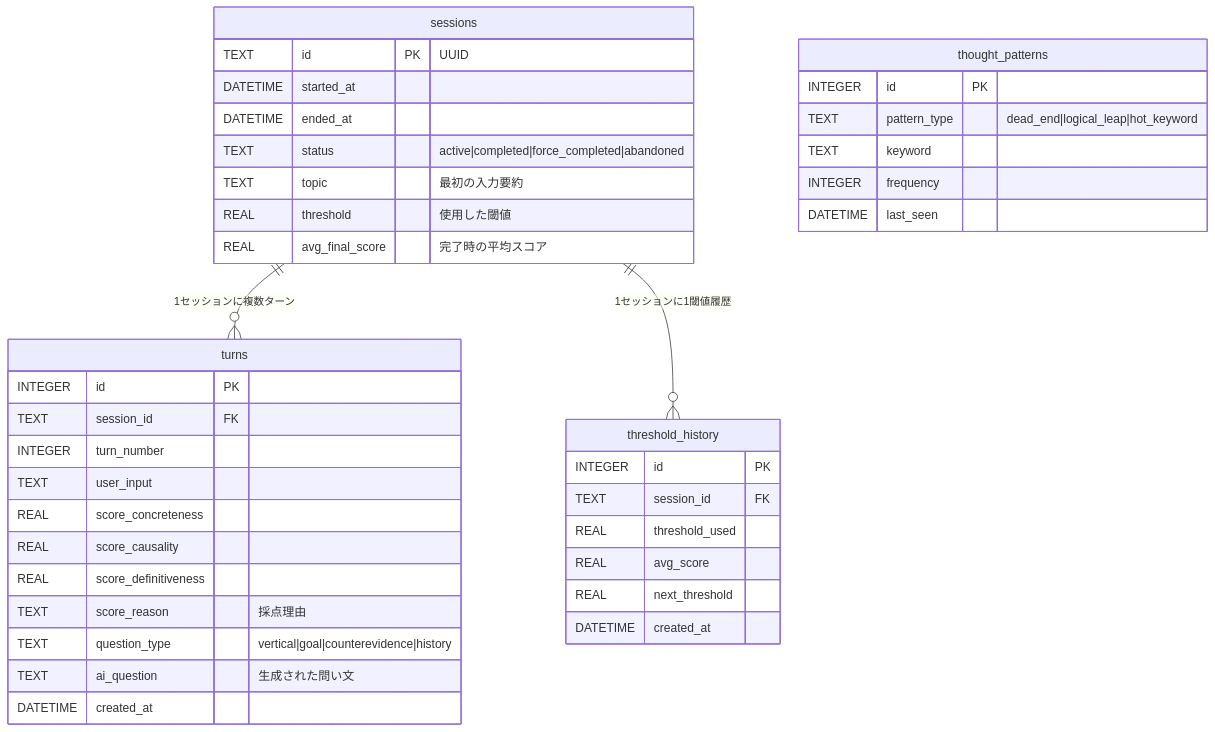
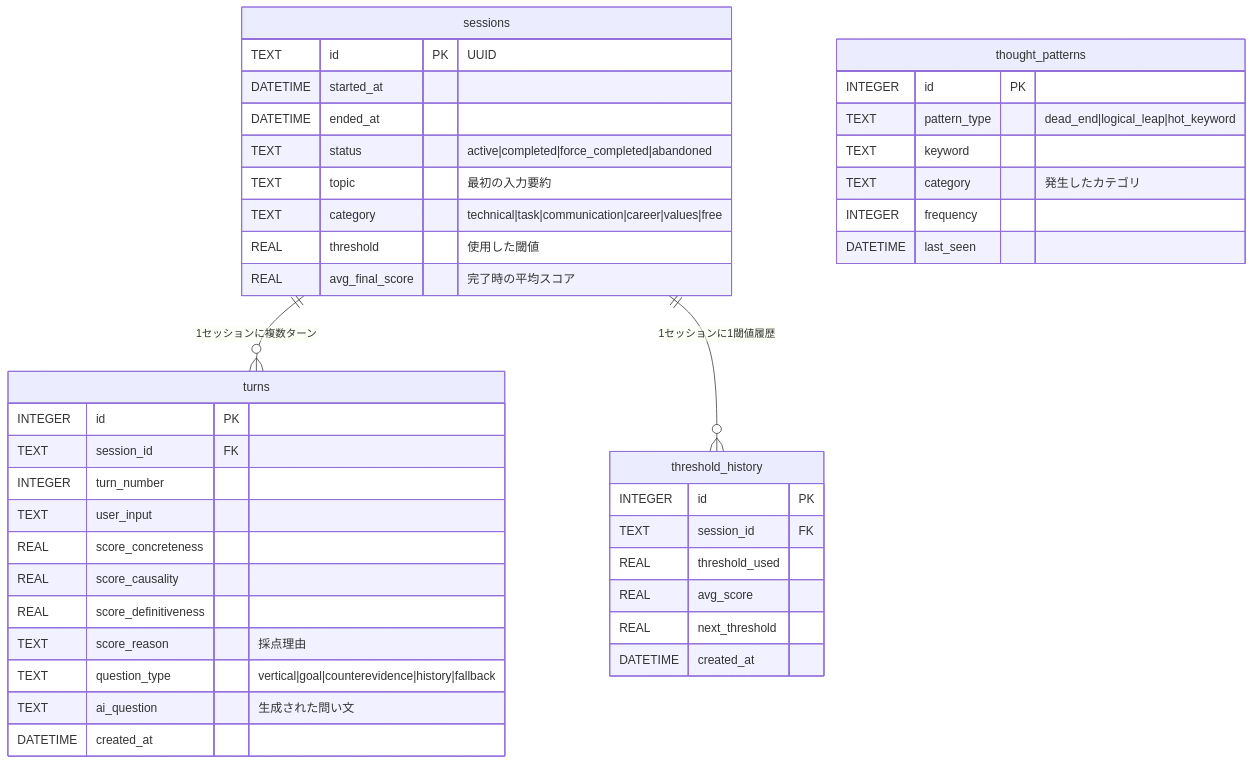
Before and after one commit to saneatu4060/deep-why: the fourth of 5 diagrams in docs/03_internal_design.md, drawn with Mermaid. The commit also changed other lines of this file, not shown here.

````diff
--- a/docs/03_internal_design.md
+++ b/docs/03_internal_design.md
@@ -321,46 +370,48 @@
 ```mermaid
 erDiagram
     sessions {
         TEXT id PK "UUID"
         DATETIME started_at
         DATETIME ended_at
         TEXT status "active|completed|force_completed|abandoned"
         TEXT topic "最初の入力要約"
+        TEXT category "technical|task|communication|career|values|free"
         REAL threshold "使用した閾値"
         REAL avg_final_score "完了時の平均スコア"
     }
 
     turns {
         INTEGER id PK
         TEXT session_id FK
         INTEGER turn_number
         TEXT user_input
         REAL score_concreteness
         REAL score_causality
         REAL score_definitiveness
         TEXT score_reason "採点理由"
-        TEXT question_type "vertical|goal|counterevidence|history"
+        TEXT question_type "vertical|goal|counterevidence|history|fallback"
         TEXT ai_question "生成された問い文"
         DATETIME created_at
     }
 
     thought_patterns {
         INTEGER id PK
         TEXT pattern_type "dead_end|logical_leap|hot_keyword"
         TEXT keyword
+        TEXT category "発生したカテゴリ"
         INTEGER frequency
         DATETIME last_seen
     }
 
     threshold_history {
         INTEGER id PK
         TEXT session_id FK
         REAL threshold_used
         REAL avg_score
         REAL next_threshold
         DATETIME created_at
     }
 
     sessions ||--o{ turns : "1セッションに複数ターン"
     sessions ||--o{ threshold_history : "1セッションに1閾値履歴"
 ```
````
